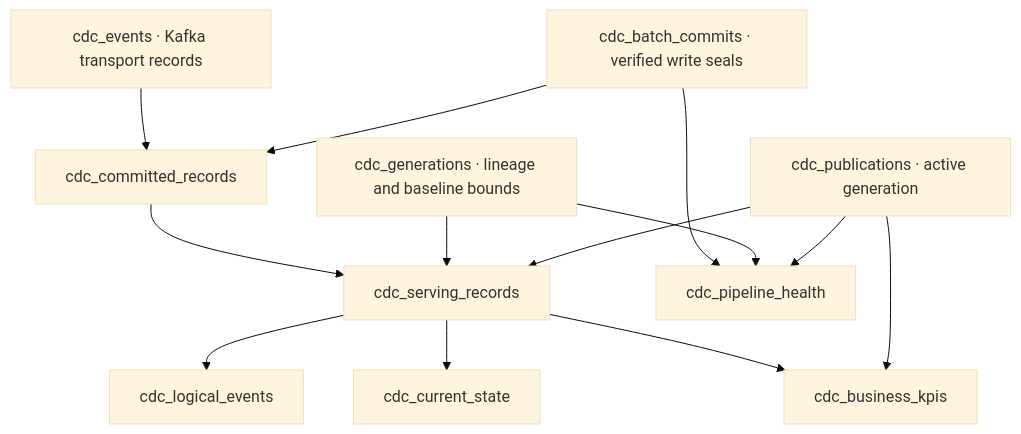
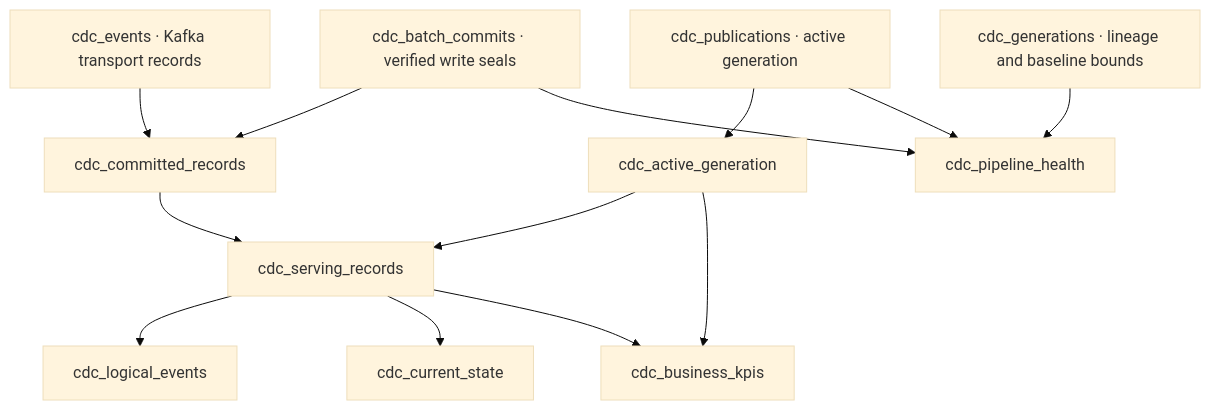
One commit to pzolfaghari72/students-data-engineering-platform changed the third of 3 diagrams in docs/02-architecture/data-model.md. Above: the diagram before and after it, drawn with Mermaid (base theme). The commit also changed other lines of this file and 134 other files, not shown here.

````diff
--- a/docs/02-architecture/data-model.md
+++ b/docs/02-architecture/data-model.md
@@ -66,19 +66,19 @@
 ```mermaid
 flowchart TD
     G["cdc_generations · lineage and baseline bounds"]
     E["cdc_events · Kafka transport records"]
     B["cdc_batch_commits · verified write seals"]
     P["cdc_publications · active generation"]
     E --> R["cdc_committed_records"]
     B --> R
     R --> S["cdc_serving_records"]
-    G --> S
-    P --> S
+    P --> A["cdc_active_generation"]
+    A --> S
     S --> L["cdc_logical_events"]
     S --> C["cdc_current_state"]
     S --> K["cdc_business_kpis"]
-    P --> K
+    A --> K
     B --> H["cdc_pipeline_health"]
     G --> H
     P --> H
 ```
````
